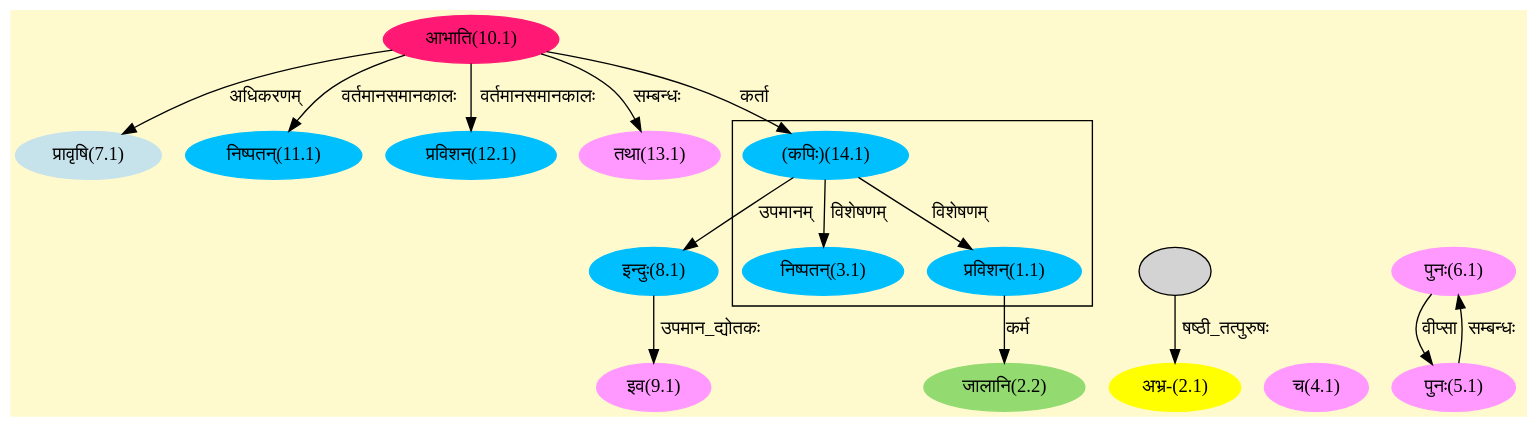
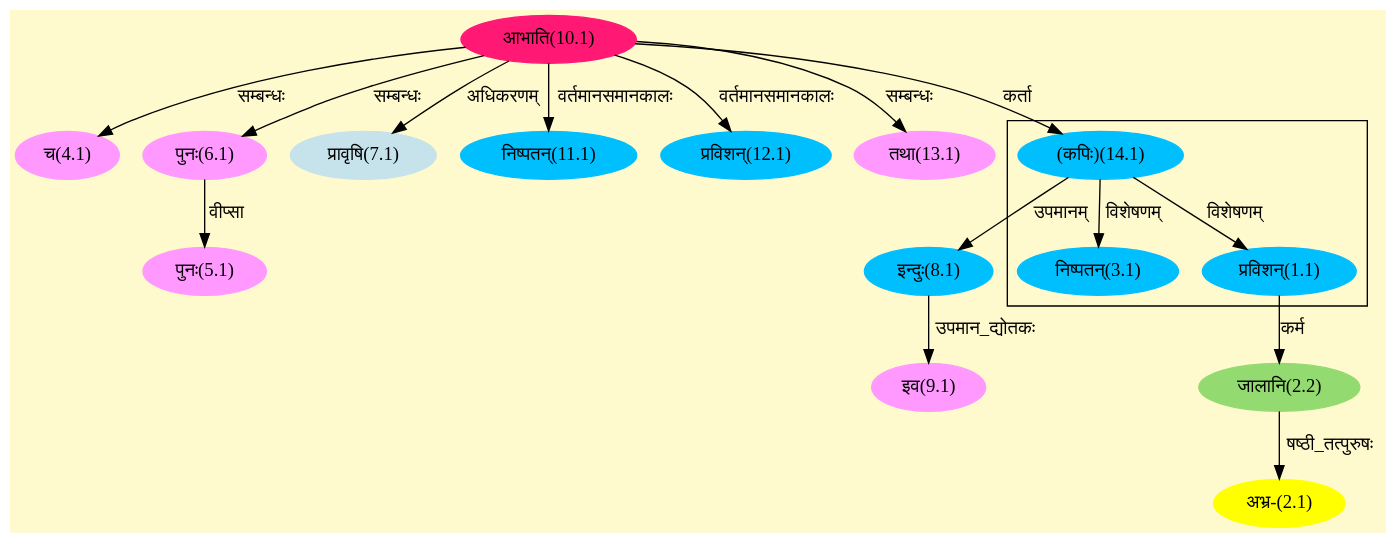
One commit to amarranjan1/skd.github.io changed the diagram in assets/graphs/01_171.2_172.1_1.dot. Above: the diagram before and after it, drawn with Graphviz. The commit also changed 258 other files, not shown here.

```diff
--- a/assets/graphs/01_171.2_172.1_1.dot
+++ b/assets/graphs/01_171.2_172.1_1.dot
@@ -1,43 +1,43 @@
 digraph G{
 rankdir=BT;
  compound=true;
  bgcolor="lemonchiffon1";
 
 subgraph cluster_1{
 Node1_1 [style=filled, color="#00BFFF" label = "प्रविशन्(1.1)"]
 Node14_1 [style=filled, color="#00BFFF" label = "(कपिः)(14.1)"]
 Node3_1 [style=filled, color="#00BFFF" label = "निष्पतन्(3.1)"]
 
 }
 Node2_1 [style=filled, color="#FFFF00" label = "अभ्र-(2.1)"]
-Node6_2 [style=filled, color="" label = ""]
 Node2_2 [style=filled, color="#93DB70" label = "जालानि(2.2)"]
 Node1_1 [style=filled, color="#00BFFF" label = "प्रविशन्(1.1)"]
 Node4_1 [style=filled, color="#FF99FF" label = "च(4.1)"]
-Node [style=filled, color="" label = "()"]
+Node10_1 [style=filled, color="#FF1975" label = "आभाति(10.1)"]
 Node5_1 [style=filled, color="#FF99FF" label = "पुनः(5.1)"]
 Node6_1 [style=filled, color="#FF99FF" label = "पुनः(6.1)"]
 Node7_1 [style=filled, color="#C6E2EB" label = "प्रावृषि(7.1)"]
-Node10_1 [style=filled, color="#FF1975" label = "आभाति(10.1)"]
 Node8_1 [style=filled, color="#00BFFF" label = "इन्दुः(8.1)"]
 Node14_1 [style=filled, color="#00BFFF" label = "(कपिः)(14.1)"]
 Node9_1 [style=filled, color="#FF99FF" label = "इव(9.1)"]
+Node [style=filled, color="" label = "()"]
 Node11_1 [style=filled, color="#00BFFF" label = "निष्पतन्(11.1)"]
 Node12_1 [style=filled, color="#00BFFF" label = "प्रविशन्(12.1)"]
 Node13_1 [style=filled, color="#FF99FF" label = "तथा(13.1)"]
 /* Start of Relations section */
 
 Node1_1 -> Node14_1 [  label="विशेषणम्"  dir="back" ]
-Node2_1 -> Node6_2 [  label="षष्ठी_तत्पुरुषः"  dir="back" ]
+Node2_1 -> Node2_2 [  label="षष्ठी_तत्पुरुषः"  dir="back" ]
 Node2_2 -> Node1_1 [  label="कर्म"  dir="back" ]
 Node3_1 -> Node14_1 [  label="विशेषणम्"  dir="back" ]
+Node4_1 -> Node10_1 [  label="सम्बन्धः"  dir="back" ]
 Node5_1 -> Node6_1 [  label="वीप्सा"  dir="back" ]
-Node6_1 -> Node5_1 [  label="सम्बन्धः"  dir="back" ]
+Node6_1 -> Node10_1 [  label="सम्बन्धः"  dir="back" ]
 Node7_1 -> Node10_1 [  label="अधिकरणम्"  dir="back" ]
 Node8_1 -> Node14_1 [  label="उपमानम्"  dir="back" ]
 Node9_1 -> Node8_1 [  label="उपमान_द्योतकः"  dir="back" ]
 Node11_1 -> Node10_1 [  label="वर्तमानसमानकालः"  dir="back" ]
 Node12_1 -> Node10_1 [  label="वर्तमानसमानकालः"  dir="back" ]
 Node13_1 -> Node10_1 [  label="सम्बन्धः"  dir="back" ]
 Node14_1 -> Node10_1 [  label="कर्ता"  dir="back" ]
 }
```
